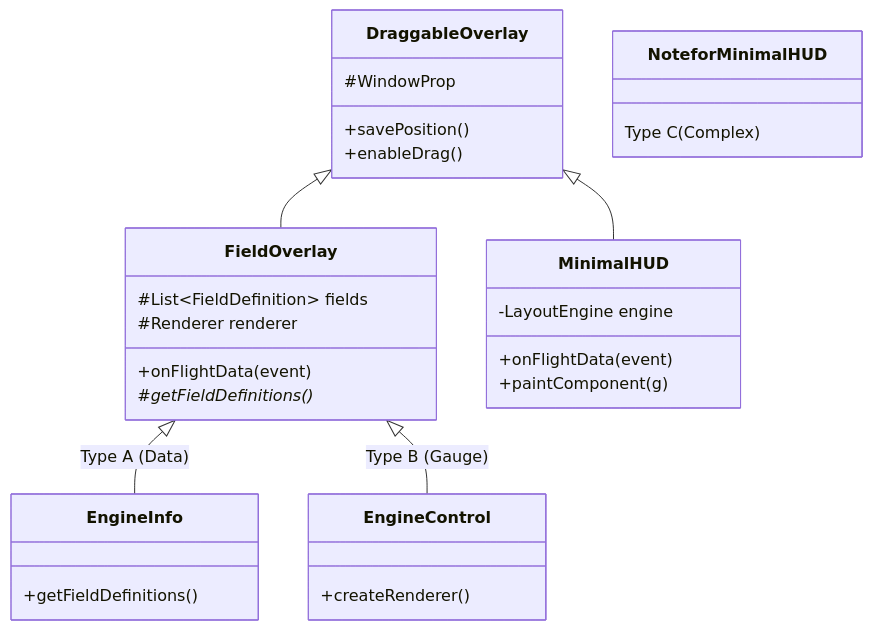
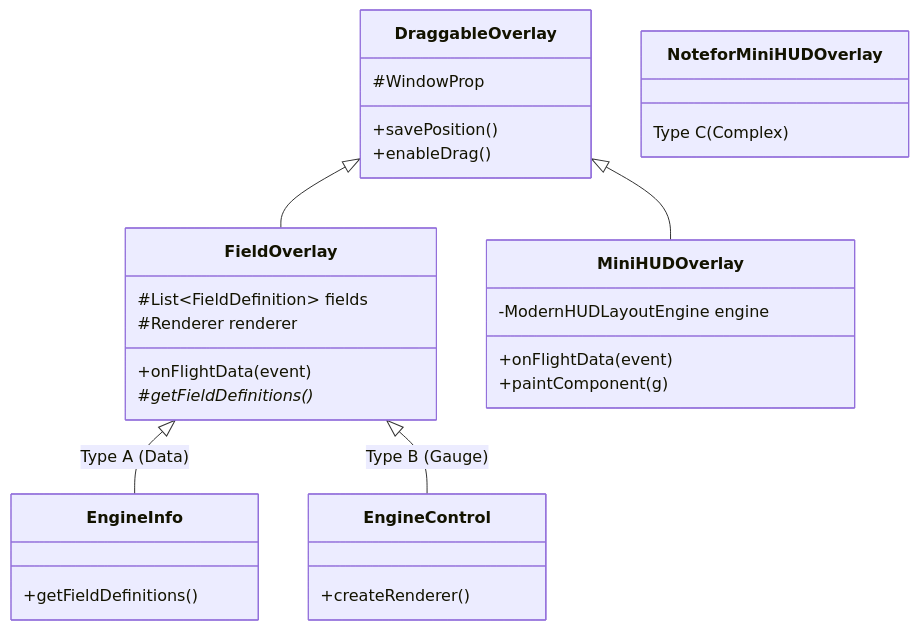
One commit to matrixsukhoi/voidmei changed the second of 5 diagrams in doc/voidmei贡献者开发手册.md. Above: the diagram before and after it, drawn with Mermaid. The commit also changed other lines of this file and 5 other files, not shown here.

````diff
--- a/doc/voidmei贡献者开发手册.md
+++ b/doc/voidmei贡献者开发手册.md
@@ -120,35 +120,35 @@
 ```mermaid
 classDiagram
     class DraggableOverlay {
         +savePosition()
         +enableDrag()
         #WindowProp
     }
 
     class FieldOverlay {
         #List~FieldDefinition~ fields
         #Renderer renderer
         +onFlightData(event)
         #getFieldDefinitions()*
     }
 
-    class MinimalHUD {
-        -LayoutEngine engine
+    class MiniHUDOverlay {
+        -ModernHUDLayoutEngine engine
         +onFlightData(event)
         +paintComponent(g)
     }
-    
+
     class EngineInfo {
         +getFieldDefinitions()
     }
-    
+
     class EngineControl {
         +createRenderer()
     }
 
     DraggableOverlay <|-- FieldOverlay
-    DraggableOverlay <|-- MinimalHUD
+    DraggableOverlay <|-- MiniHUDOverlay
     FieldOverlay <|-- EngineInfo : Type A (Data)
     FieldOverlay <|-- EngineControl : Type B (Gauge)
-    Note for MinimalHUD: Type C (Complex)
+    Note for MiniHUDOverlay: Type C (Complex)
 ```
````
